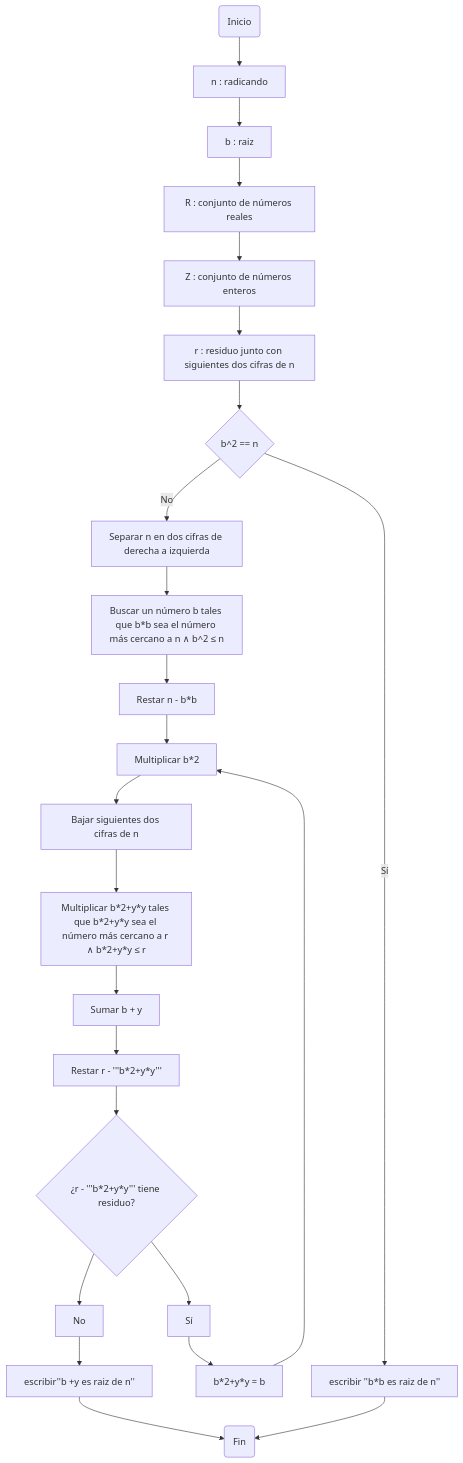
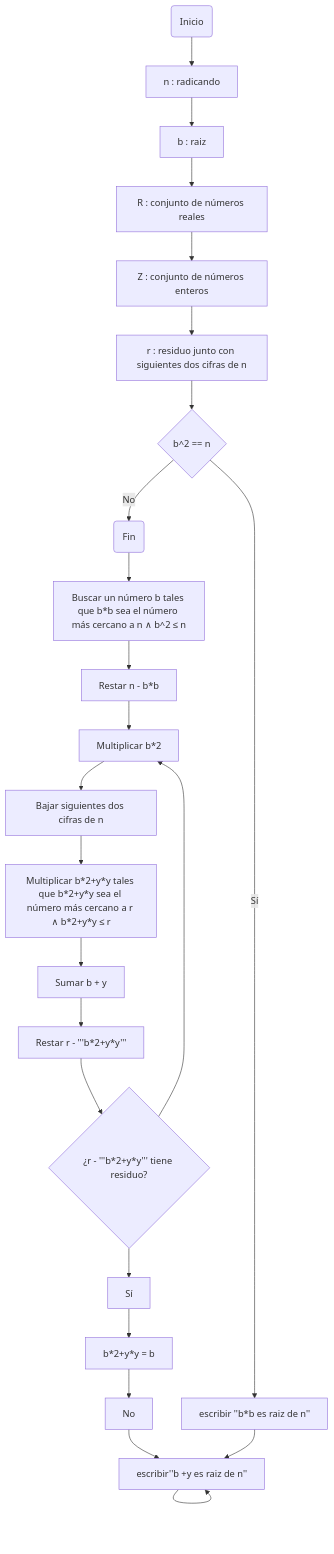
Before and after one commit to JuanJoToAl/Reto-no.3: the second of 2 diagrams in README.md, drawn with Mermaid. The commit also changed other lines of this file, not shown here.

````diff
--- a/README.md
+++ b/README.md
@@ -85,24 +86,24 @@
 ```mermaid
 flowchart TD;
     A(Inicio) --> B[n : radicando];
     B-->C;
     C[b : raiz] --> D[ R : conjunto de números reales];
     D-->E;
     E[Z : conjunto de números enteros]--> F[r : residuo junto con siguientes dos cifras de n];
     F --> G;
     G{b^2 == n}-- Sí --> H[escribir ''b*b es raiz de n''];
     G-- No --> I[Separar n en dos cifras de derecha a izquierda];
     I-->J;
     J[Buscar un número b tales que b*b sea el número más cercano a n ∧ b^2 ≤ n]--> K[Restar n - b*b];
     K-->L;
     L[Multiplicar b*2]--> M[Bajar siguientes dos cifras de n];
     M-->N;
     N[Multiplicar b*2+y*y tales que b*2+y*y sea el número más cercano a r ∧ b*2+y*y ≤ r]-->O[Sumar b + y];
     O-->P;
-    P[Restar r - '''b*2+y*y''']-->Q{¿r - '''b*2+y*y''' tiene residuo?}--> Sí --> R[b*2+y*y = b];
-    R-->L;
-    Q--> No --> S[escribir''b +y es raiz de n''];
-    S-->T;
+    P[Restar r - '''b*2+y*y''']-->Q{¿r - '''b*2+y*y''' tiene residuo?}--> Sí --> S[b*2+y*y = b];
+    Q-->L;
+    S--> No --> T[escribir''b +y es raiz de n''];
+    T-->T;
     H-->T;
-    T(Fin);
+    I(Fin);
 ```
````
